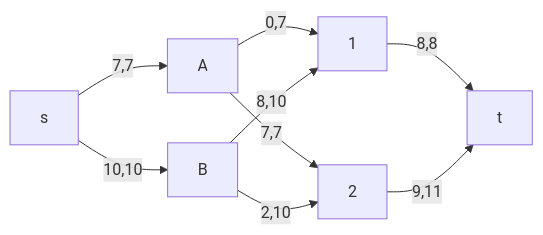
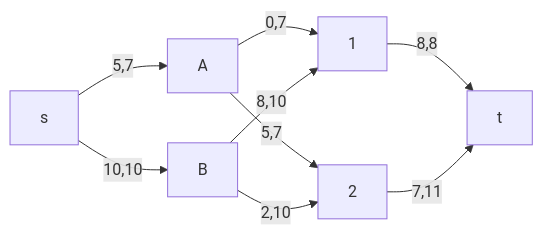
Diagram 18 of 18 in task-11-plus/winx.md (hse-algo-24-crow/manual-tasks-crow), drawn with Mermaid before and after one commit. The commit also changed other lines of this file, not shown here.

````diff
--- a/task-11-plus/winx.md
+++ b/task-11-plus/winx.md
@@ -166,11 +378,11 @@
 ```mermaid
 graph LR
     A-->|0,7|1
-    A-->|7,7|2
+    A-->|5,7|2
     B-->|8,10|1
     B-->|2,10|2
-    s-->|7,7|A
+    s-->|5,7|A
     s-->|10,10|B
     1-->|8,8|t
-    2-->|9,11|t
+    2-->|7,11|t
 ```
````
